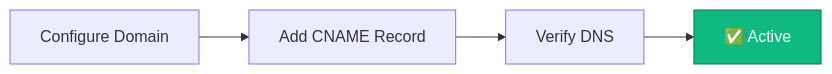
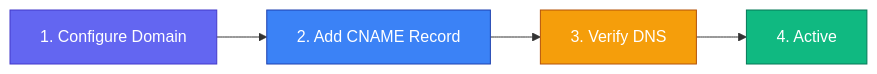
Before and after one commit to supercheck-io/supercheck: the second of 2 diagrams in docs/content/docs/app/communicate/status-pages.mdx, drawn with Mermaid. The commit also changed 12 other files, not shown here.

First line of the commit message:
docs: refresh AI SRE docs, diagrams, and self-hosting flags (#308)

````diff
--- a/docs/content/docs/app/communicate/status-pages.mdx
+++ b/docs/content/docs/app/communicate/status-pages.mdx
@@ -372,5 +372,8 @@
 ```mermaid
 flowchart LR
-    A[Configure Domain] --> B[Add CNAME Record] --> C[Verify DNS] --> D[✅ Active]
+    A["1. Configure Domain"] --> B["2. Add CNAME Record"] --> C["3. Verify DNS"] --> D["4. Active"]
+    style A fill:#6366f1,stroke:#4338ca,color:#fff
+    style B fill:#3b82f6,stroke:#1e40af,color:#fff
+    style C fill:#f59e0b,stroke:#b45309,color:#fff
     style D fill:#10b981,stroke:#047857,color:#fff
 ```
````
